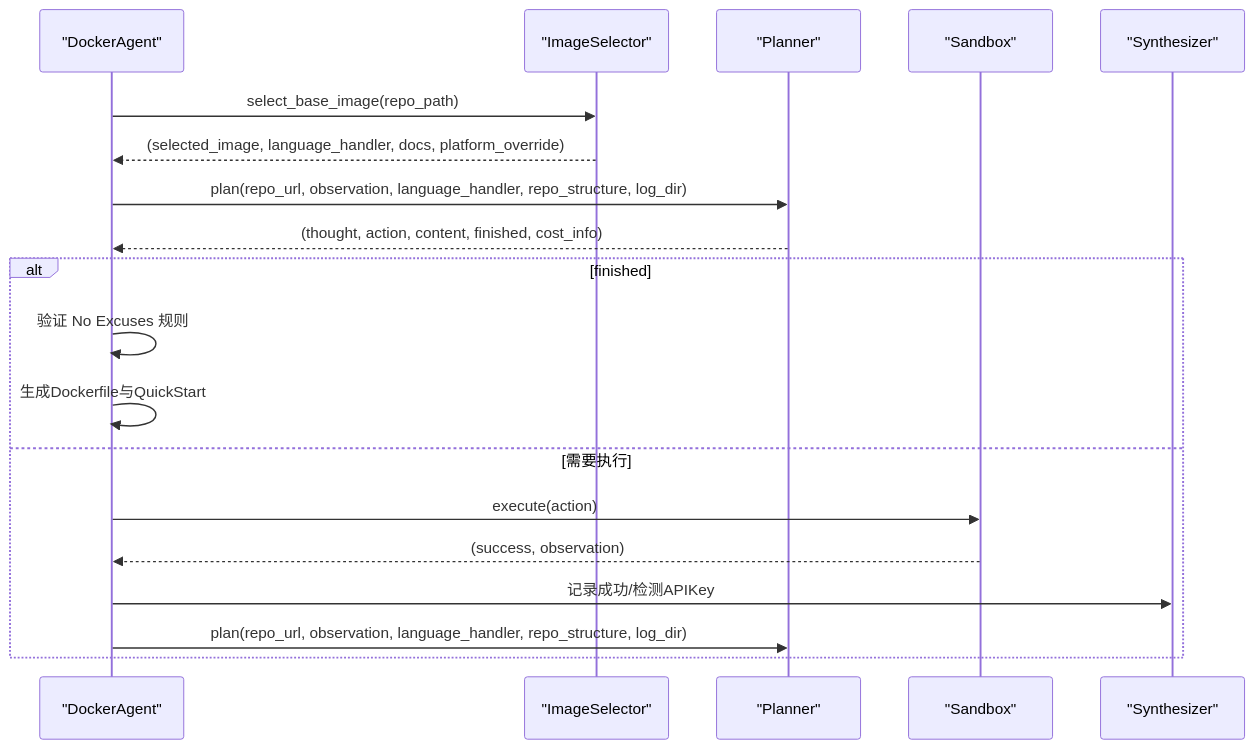
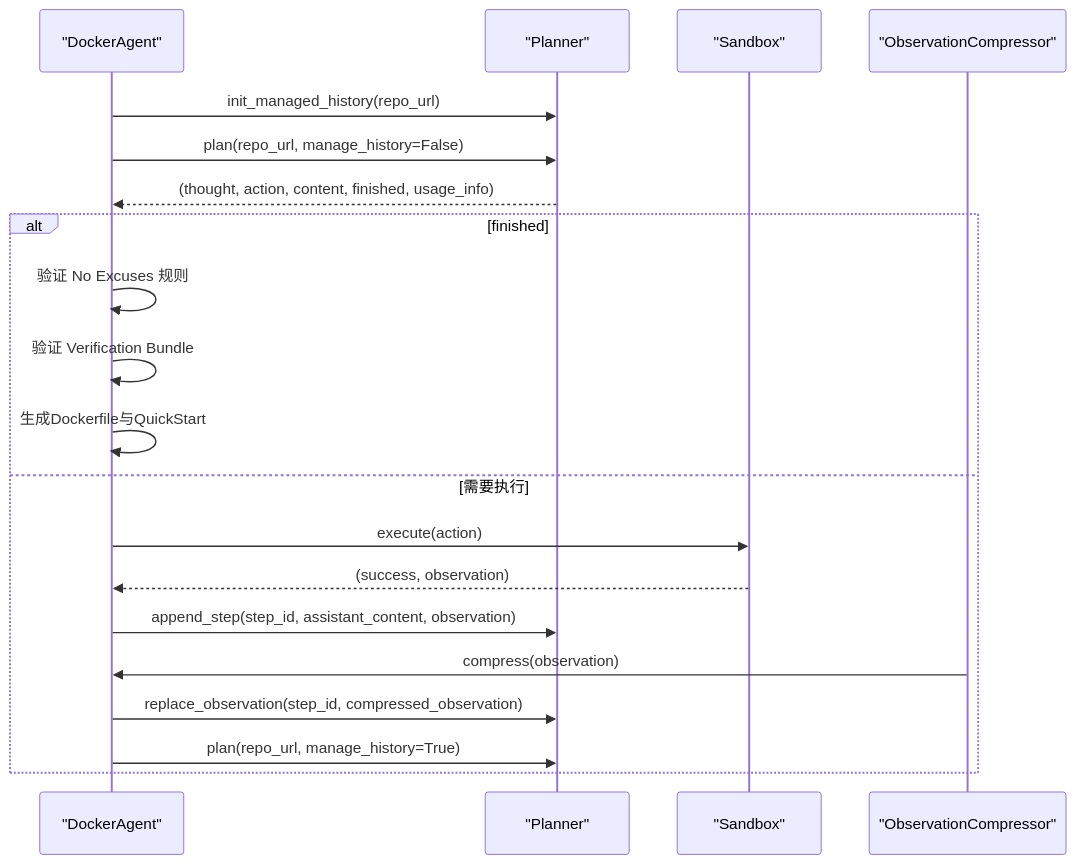
Before and after one commit to Jayint/Jayint-repo: the ninth of 10 diagrams in .qoder/repowiki/zh/content/核心组件/Planner 模块.md, drawn with Mermaid. The commit also changed other lines of this file and 168 other files, not shown here.

````diff
--- a/.qoder/repowiki/zh/content/核心组件/Planner 模块.md
+++ b/.qoder/repowiki/zh/content/核心组件/Planner 模块.md
@@ -519,21 +547,22 @@
 ```mermaid
 sequenceDiagram
 participant DA as "DockerAgent"
-participant IS as "ImageSelector"
 participant PL as "Planner"
 participant SB as "Sandbox"
-participant SY as "Synthesizer"
-DA->>IS : select_base_image(repo_path)
-IS-->>DA : (selected_image, language_handler, docs, platform_override)
-DA->>PL : plan(repo_url, observation, language_handler, repo_structure, log_dir)
-PL-->>DA : (thought, action, content, finished, cost_info)
+participant OC as "ObservationCompressor"
+DA->>PL : init_managed_history(repo_url)
+DA->>PL : plan(repo_url, manage_history=False)
+PL-->>DA : (thought, action, content, finished, usage_info)
 alt finished
 DA->>DA : 验证 No Excuses 规则
+DA->>DA : 验证 Verification Bundle
 DA->>DA : 生成Dockerfile与QuickStart
 else 需要执行
 DA->>SB : execute(action)
 SB-->>DA : (success, observation)
-DA->>SY : 记录成功/检测APIKey
-DA->>PL : plan(repo_url, observation, language_handler, repo_structure, log_dir)
+DA->>PL : append_step(step_id, assistant_content, observation)
+OC->>DA : compress(observation)
+DA->>PL : replace_observation(step_id, compressed_observation)
+DA->>PL : plan(repo_url, manage_history=True)
 end
 ```
````
